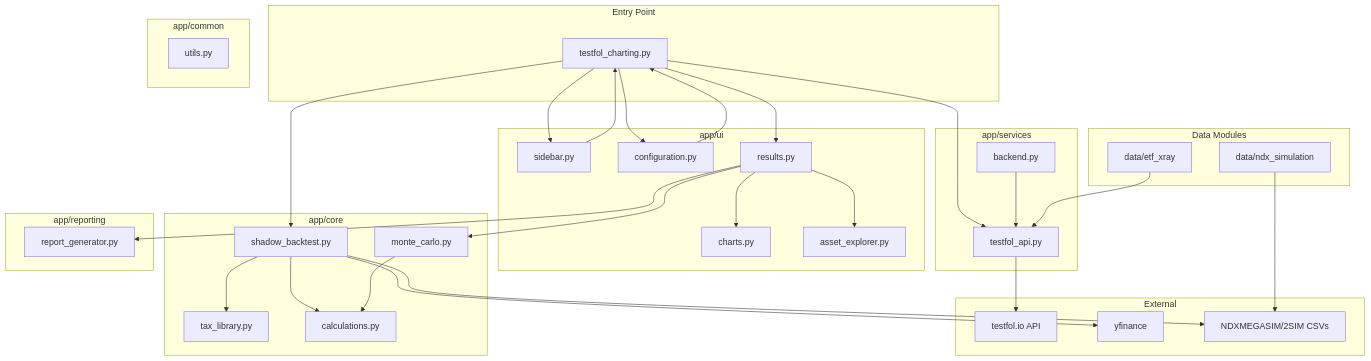
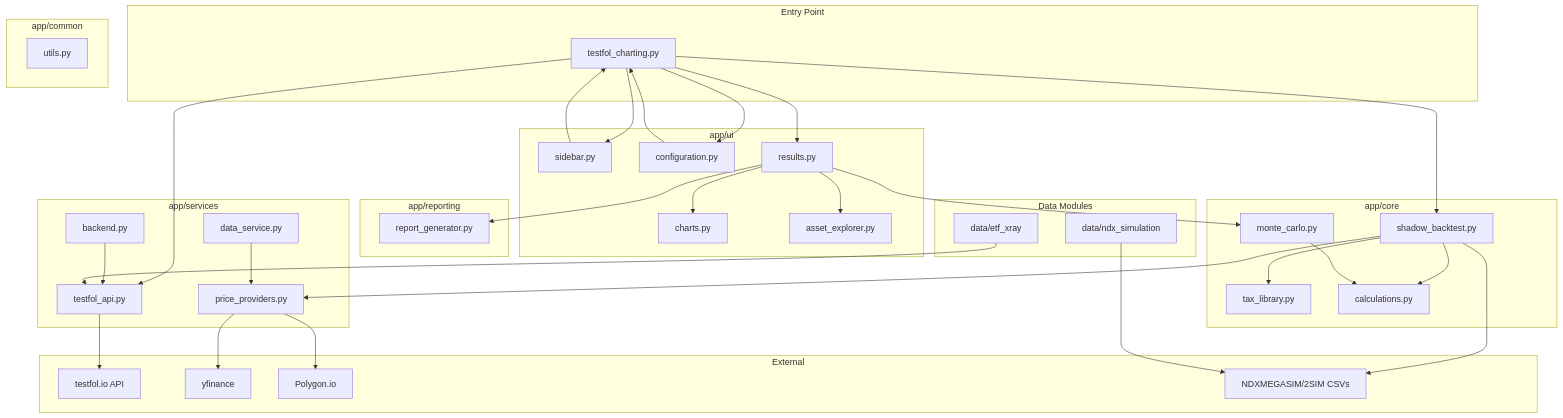
Before and after one commit to Acelogic/Testfol-MarginStresser: the first of 3 diagrams in app/ARCHITECTURE.md, drawn with Mermaid. The commit also changed other lines of this file and 18 other files, not shown here.

````diff
--- a/app/ARCHITECTURE.md
+++ b/app/ARCHITECTURE.md
@@ -11,72 +11,79 @@
 ```mermaid
 graph TD
     subgraph Entry Point
         MAIN[testfol_charting.py]
     end
 
     subgraph app/ui
         SB[sidebar.py]
         CF[configuration.py]
         RS[results.py]
         CH[charts.py]
         AE[asset_explorer.py]
     end
 
     subgraph app/core
         SH[shadow_backtest.py]
         TX[tax_library.py]
         MC[monte_carlo.py]
         CA[calculations.py]
     end
 
     subgraph app/services
         API[testfol_api.py]
         BE[backend.py]
+        PP[price_providers.py]
+        DS[data_service.py]
     end
 
     subgraph app/common
         UT[utils.py]
     end
 
     subgraph app/reporting
         RG[report_generator.py]
     end
 
     subgraph External
         TESTFOL[testfol.io API]
         YF[yfinance]
+        PG[Polygon.io]
         MEGA[NDXMEGASIM/2SIM CSVs]
     end
 
     MAIN --> SB
     MAIN --> CF
     MAIN --> RS
     
     SB --> MAIN
     CF --> MAIN
     
     RS --> CH
     RS --> AE
     RS --> RG
     
     MAIN --> API --> TESTFOL
     MAIN --> SH
     
     SH --> TX
     SH --> CA
-    SH --> YF
+    SH --> PP
     SH --> MEGA
+
+    PP --> PG
+    PP --> YF
+    DS --> PP
     
     RS --> MC
     MC --> CA
     
     BE --> API
 
     subgraph Data Modules
         NDX[data/ndx_simulation]
         XRAY[data/etf_xray]
     end
     
     NDX --> MEGA
     XRAY --> API
 ```
````
